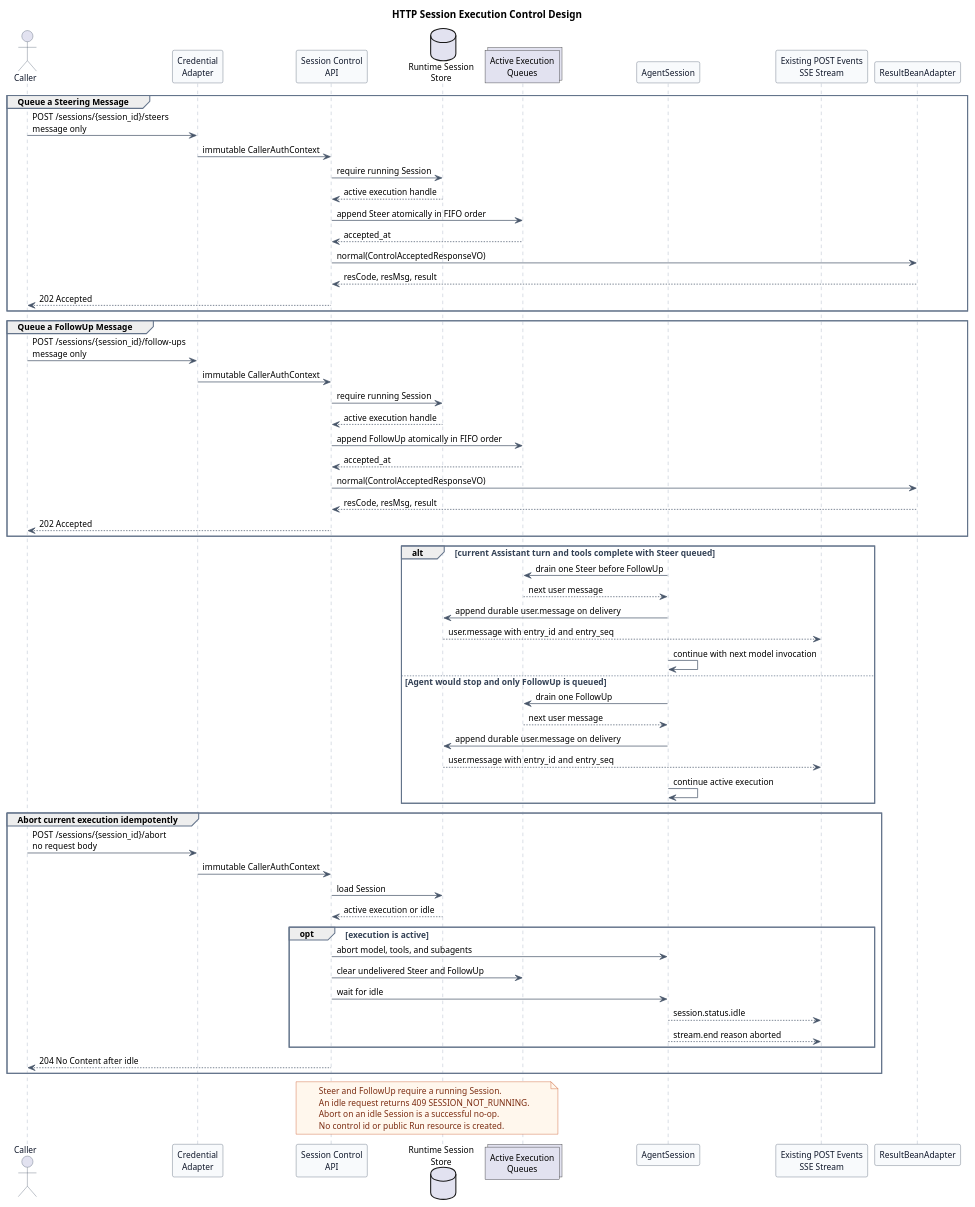
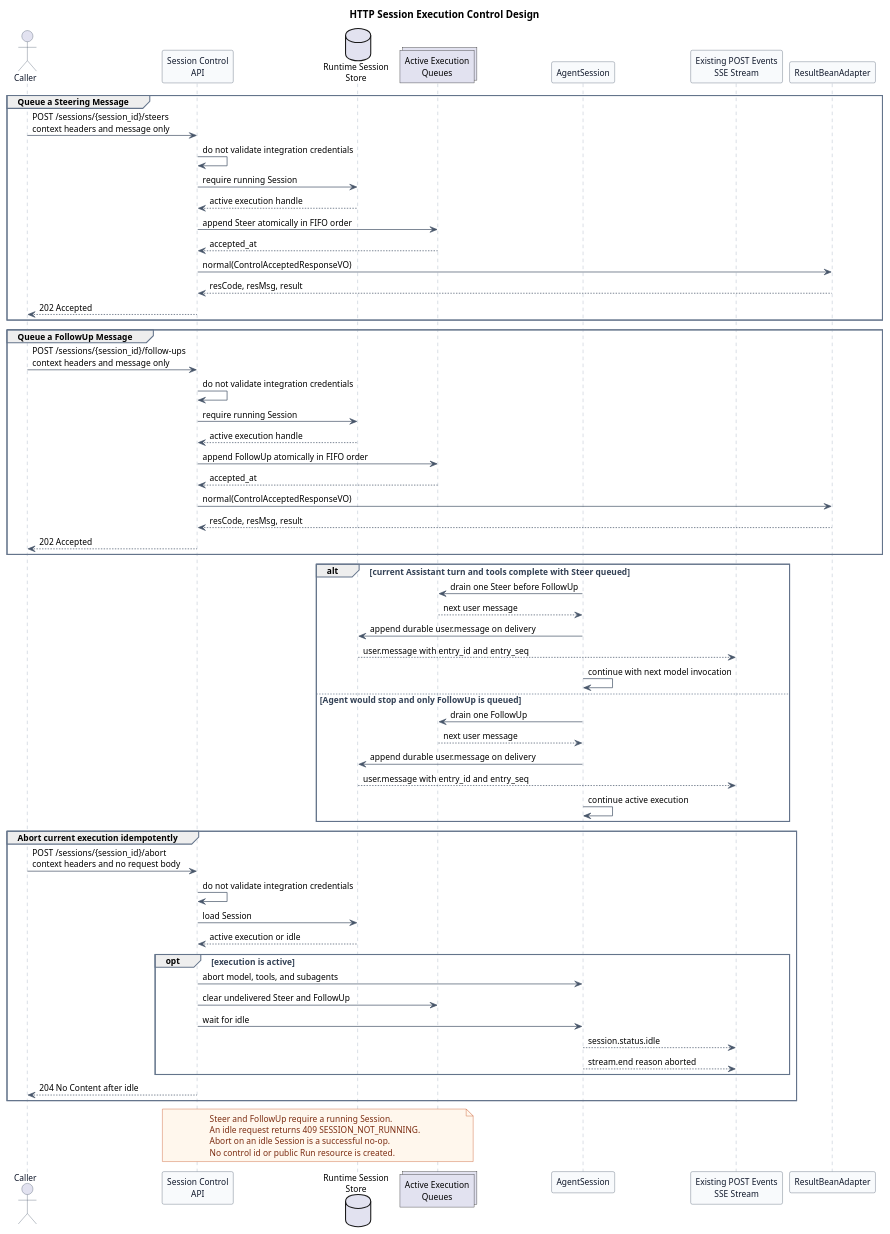
Before and after one commit to ssm0808/pi-mono-java-design: the first of 2 diagrams in pi-mono-java-manager-driven-multi-agent-runtime/diagrams/execution-control/diagram.puml, drawn with PlantUML. The commit also changed other lines of this file and 33 other files, not shown here.

```diff
--- a/pi-mono-java-manager-driven-multi-agent-runtime/diagrams/execution-control/diagram.puml
+++ b/pi-mono-java-manager-driven-multi-agent-runtime/diagrams/execution-control/diagram.puml
@@ -1,112 +1,112 @@
 @startuml http_session_execution_controls
 title HTTP Session Execution Control Design
 
 ' Source evidence (pi-mono commit 086c32e74530564922d011ade23ff582c9d63116):
 ' packages/coding-agent/src/core/agent-session.ts, steer, followUp, clearQueue, and abort,
 ' lines 1336-1404 and 1516-1556
 ' packages/agent/src/agent.ts, steer, followUp, abort, and queue drain order,
 ' lines 275-319, 350-390, and 456-492
 ' packages/coding-agent/src/modes/rpc/rpc-mode.ts, steer, follow_up, and abort,
 ' lines 418-430
 ' Source evidence (pi-mono-java commit 8691e8800f05f28afe22499050c29220ef5b7475):
 ' modules/coding-agent-cli/src/main/java/com/campusclaw/codingagent/runtimeapi/session/RuntimeSessionControlService.java.
 ' modules/coding-agent-cli/src/main/java/com/campusclaw/codingagent/runtimeapi/web/RuntimeSessionControlController.java.
 ' modules/coding-agent-cli/src/main/java/com/campusclaw/codingagent/runtimeapi/runtime/RuntimeActiveExecution.java.
 ' Observed behavior: pi keeps separate steering and follow-up queues, drains steering first,
 ' and aborts the current in-process run. Java now exposes text-only steer, follow-up, and abort.
 ' Observed behavior: three HTTP operations use Session scope because no public Run exists.
 ' Product constraint: v1 accepts text only, fixes one-at-a-time FIFO behavior, and projects
 ' a delivered control message as the existing durable user.message entry type.
+' Product constraint: all Runtime operations carry integration-context headers without local validation.
 ' Design reason: separate control responses from the existing POST Events SSE response.
 
 skinparam backgroundColor #FFFFFF
 skinparam shadowing false
 skinparam defaultFontName Arial
 skinparam defaultFontSize 12
 skinparam sequence {
   ArrowColor #475569
   ActorBorderColor #475569
   ActorFontColor #0F172A
   LifeLineBorderColor #94A3B8
   LifeLineBackgroundColor #F8FAFC
   ParticipantBorderColor #475569
   ParticipantBackgroundColor #F8FAFC
   ParticipantFontColor #0F172A
   GroupBorderColor #64748B
   GroupFontColor #334155
 }
 skinparam note {
   BackgroundColor #FFF7ED
   BorderColor #C2410C
   FontColor #7C2D12
 }
 
 actor Caller
-participant "Credential\nAdapter" as Auth
 participant "Session Control\nAPI" as API
 database "Runtime Session\nStore" as Store
 collections "Active Execution\nQueues" as Queue
 participant "AgentSession" as Session
 participant "Existing POST Events\nSSE Stream" as SSE
 participant ResultBeanAdapter
 
 group Queue a Steering Message
-  Caller -> Auth : POST /sessions/{session_id}/steers\nmessage only
-  Auth -> API : immutable CallerAuthContext
+  Caller -> API : POST /sessions/{session_id}/steers\ncontext headers and message only
+  API -> API : do not validate integration credentials
   API -> Store : require running Session
   Store --> API : active execution handle
   API -> Queue : append Steer atomically in FIFO order
   Queue --> API : accepted_at
   API -> ResultBeanAdapter : normal(ControlAcceptedResponseVO)
   ResultBeanAdapter --> API : resCode, resMsg, result
   API --> Caller : 202 Accepted
 end
 
 group Queue a FollowUp Message
-  Caller -> Auth : POST /sessions/{session_id}/follow-ups\nmessage only
-  Auth -> API : immutable CallerAuthContext
+  Caller -> API : POST /sessions/{session_id}/follow-ups\ncontext headers and message only
+  API -> API : do not validate integration credentials
   API -> Store : require running Session
   Store --> API : active execution handle
   API -> Queue : append FollowUp atomically in FIFO order
   Queue --> API : accepted_at
   API -> ResultBeanAdapter : normal(ControlAcceptedResponseVO)
   ResultBeanAdapter --> API : resCode, resMsg, result
   API --> Caller : 202 Accepted
 end
 
 alt current Assistant turn and tools complete with Steer queued
   Session -> Queue : drain one Steer before FollowUp
   Queue --> Session : next user message
   Session -> Store : append durable user.message on delivery
   Store --> SSE : user.message with entry_id and entry_seq
   Session -> Session : continue with next model invocation
 else Agent would stop and only FollowUp is queued
   Session -> Queue : drain one FollowUp
   Queue --> Session : next user message
   Session -> Store : append durable user.message on delivery
   Store --> SSE : user.message with entry_id and entry_seq
   Session -> Session : continue active execution
 end
 
 group Abort current execution idempotently
-  Caller -> Auth : POST /sessions/{session_id}/abort\nno request body
-  Auth -> API : immutable CallerAuthContext
+  Caller -> API : POST /sessions/{session_id}/abort\ncontext headers and no request body
+  API -> API : do not validate integration credentials
   API -> Store : load Session
   Store --> API : active execution or idle
   opt execution is active
     API -> Session : abort model, tools, and subagents
     API -> Queue : clear undelivered Steer and FollowUp
     API -> Session : wait for idle
     Session --> SSE : session.status.idle
     Session --> SSE : stream.end reason aborted
   end
   API --> Caller : 204 No Content after idle
 end
 
 note over API,Queue
 Steer and FollowUp require a running Session.
 An idle request returns 409 SESSION_NOT_RUNNING.
 Abort on an idle Session is a successful no-op.
 No control id or public Run resource is created.
 end note
 @enduml
```
